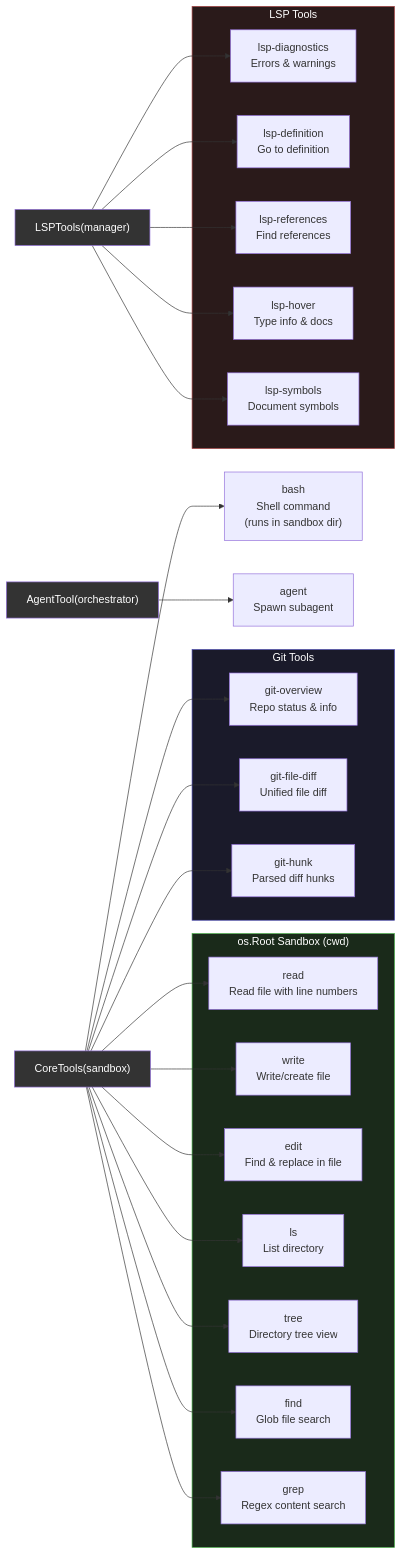
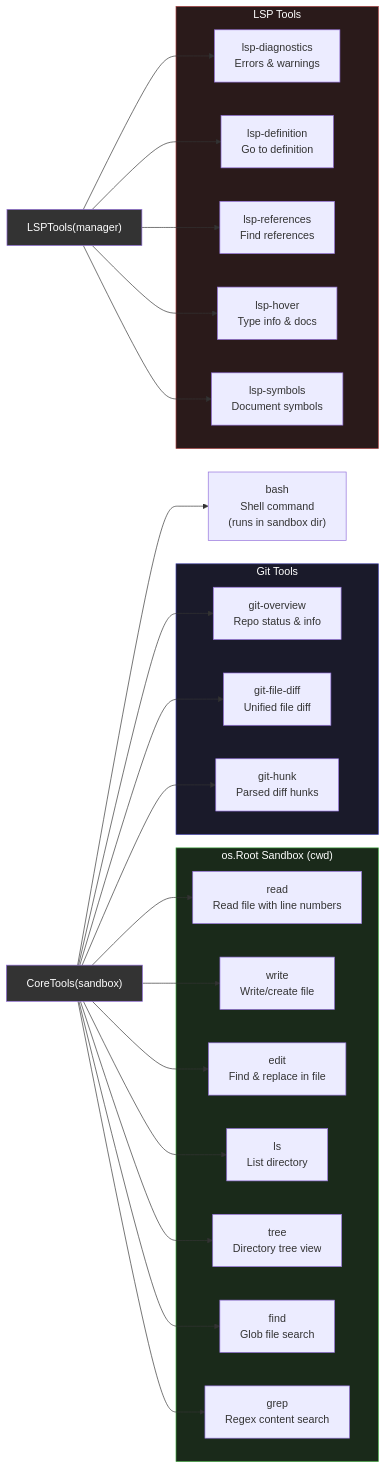
One commit to Pizzaface/pi-go changed the third of 15 diagrams in ARCHITECTURE.md. Above: the diagram before and after it, drawn with Mermaid. The commit also changed other lines of this file and 53 other files, not shown here.

````diff
--- a/ARCHITECTURE.md
+++ b/ARCHITECTURE.md
@@ -137,56 +132,51 @@
 ```mermaid
 graph LR
     subgraph Sandbox["os.Root Sandbox (cwd)"]
         read["read<br/>Read file with line numbers"]
         write["write<br/>Write/create file"]
         edit["edit<br/>Find & replace in file"]
         ls["ls<br/>List directory"]
         tree["tree<br/>Directory tree view"]
         find["find<br/>Glob file search"]
         grep["grep<br/>Regex content search"]
     end
 
     subgraph GitTools["Git Tools"]
         git_overview["git-overview<br/>Repo status & info"]
         git_file_diff["git-file-diff<br/>Unified file diff"]
         git_hunk["git-hunk<br/>Parsed diff hunks"]
     end
 
     subgraph LSPTools["LSP Tools"]
         lsp_diag["lsp-diagnostics<br/>Errors & warnings"]
         lsp_def["lsp-definition<br/>Go to definition"]
         lsp_ref["lsp-references<br/>Find references"]
         lsp_hover["lsp-hover<br/>Type info & docs"]
         lsp_sym["lsp-symbols<br/>Document symbols"]
     end
 
     bash["bash<br/>Shell command<br/>(runs in sandbox dir)"]
-    agent_tool["agent<br/>Spawn subagent"]
-
     registry["CoreTools(sandbox)"] --> read
     registry --> write
     registry --> edit
     registry --> bash
     registry --> grep
     registry --> find
     registry --> ls
     registry --> tree
     registry --> git_overview
     registry --> git_file_diff
     registry --> git_hunk
 
     lsp_registry["LSPTools(manager)"] --> lsp_diag
     lsp_registry --> lsp_def
     lsp_registry --> lsp_ref
     lsp_registry --> lsp_hover
     lsp_registry --> lsp_sym
 
-    agent_registry["AgentTool(orchestrator)"] --> agent_tool
-
     style Sandbox fill:#1a2a1a,stroke:#4a4,color:#fff
     style GitTools fill:#1a1a2a,stroke:#44a,color:#fff
     style LSPTools fill:#2a1a1a,stroke:#a44,color:#fff
     style registry fill:#333,color:#fff
     style lsp_registry fill:#333,color:#fff
-    style agent_registry fill:#333,color:#fff
 ```
````
